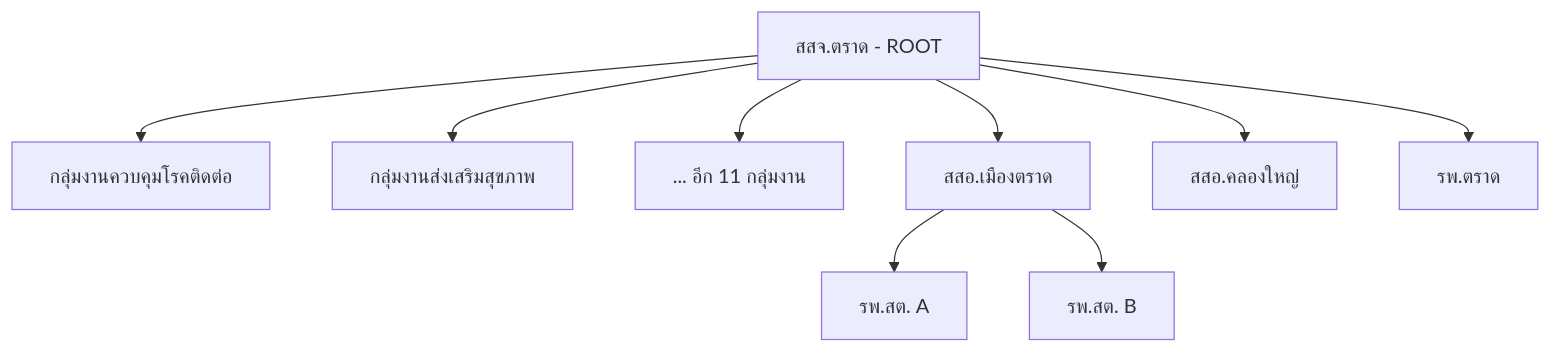
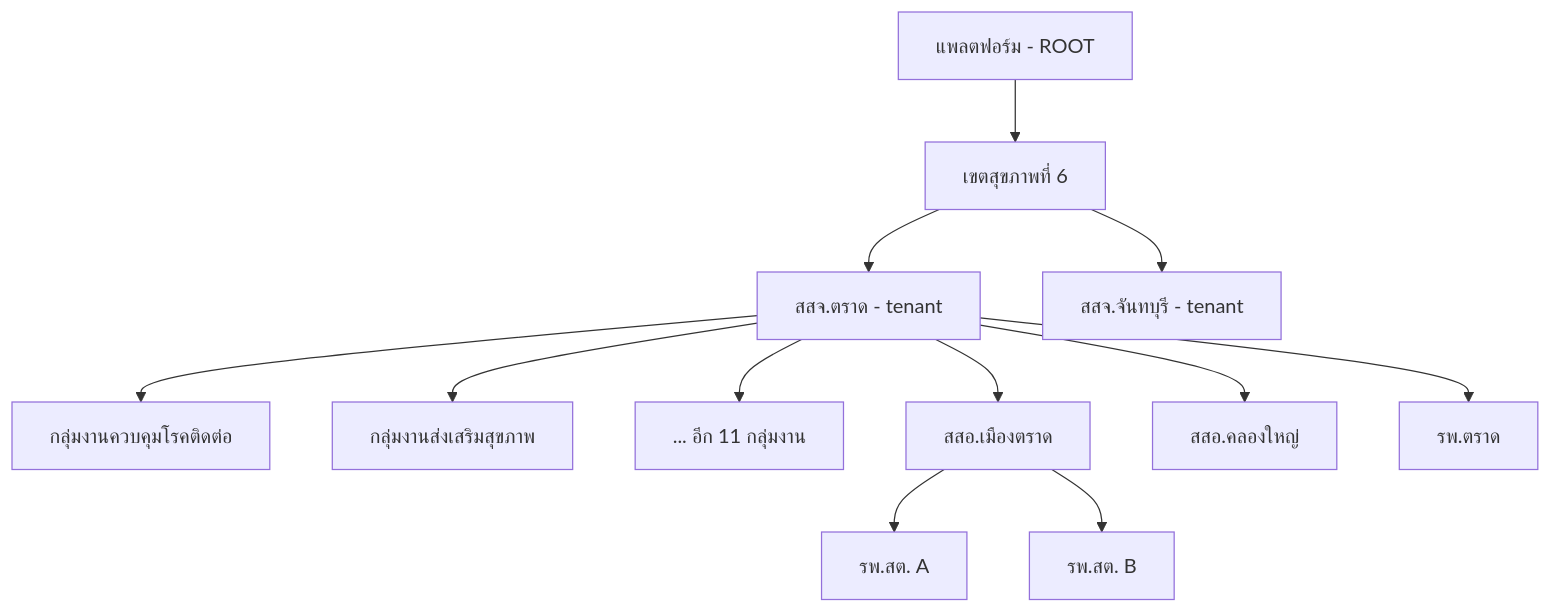
The second of 7 diagrams in docs/ARCHITECTURE.md (aletheiamask/Public-Health), drawn with Mermaid before and after one commit. The commit also changed other lines of this file, not shown here.

First line of the commit message:
docs: update architecture with confirmed requirements

````diff
--- a/docs/ARCHITECTURE.md
+++ b/docs/ARCHITECTURE.md
@@ -167,11 +172,14 @@
 ```mermaid
 flowchart TD
-  P[สสจ.ตราด - ROOT] --> D1[กลุ่มงานควบคุมโรคติดต่อ]
+  R[แพลตฟอร์ม - ROOT] --> Z6[เขตสุขภาพที่ 6]
+  Z6 --> P[สสจ.ตราด - tenant]
+  Z6 --> P2[สสจ.จันทบุรี - tenant]
+  P --> D1[กลุ่มงานควบคุมโรคติดต่อ]
   P --> D2[กลุ่มงานส่งเสริมสุขภาพ]
   P --> D3[... อีก 11 กลุ่มงาน]
   P --> A1[สสอ.เมืองตราด]
   P --> A2[สสอ.คลองใหญ่]
   P --> H1[รพ.ตราด]
   A1 --> U1[รพ.สต. A]
   A1 --> U2[รพ.สต. B]
 ```
````
